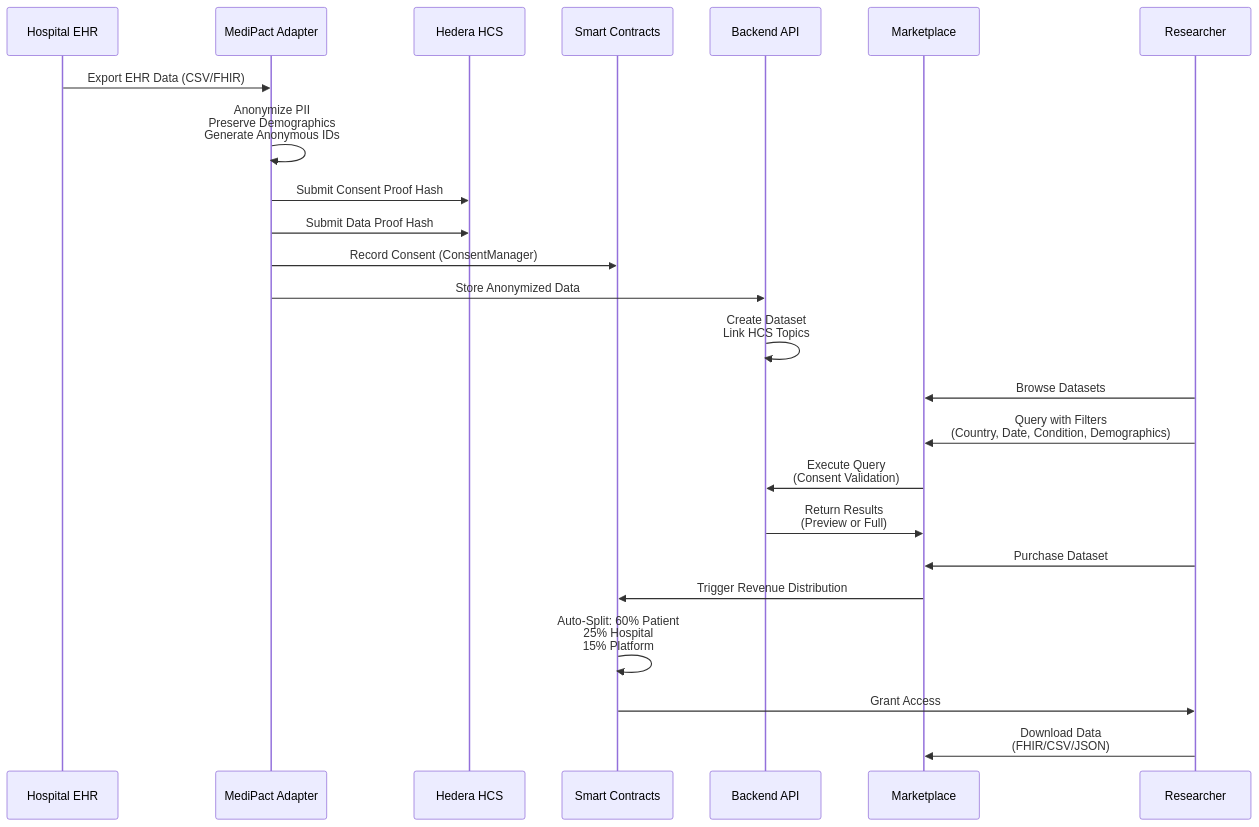
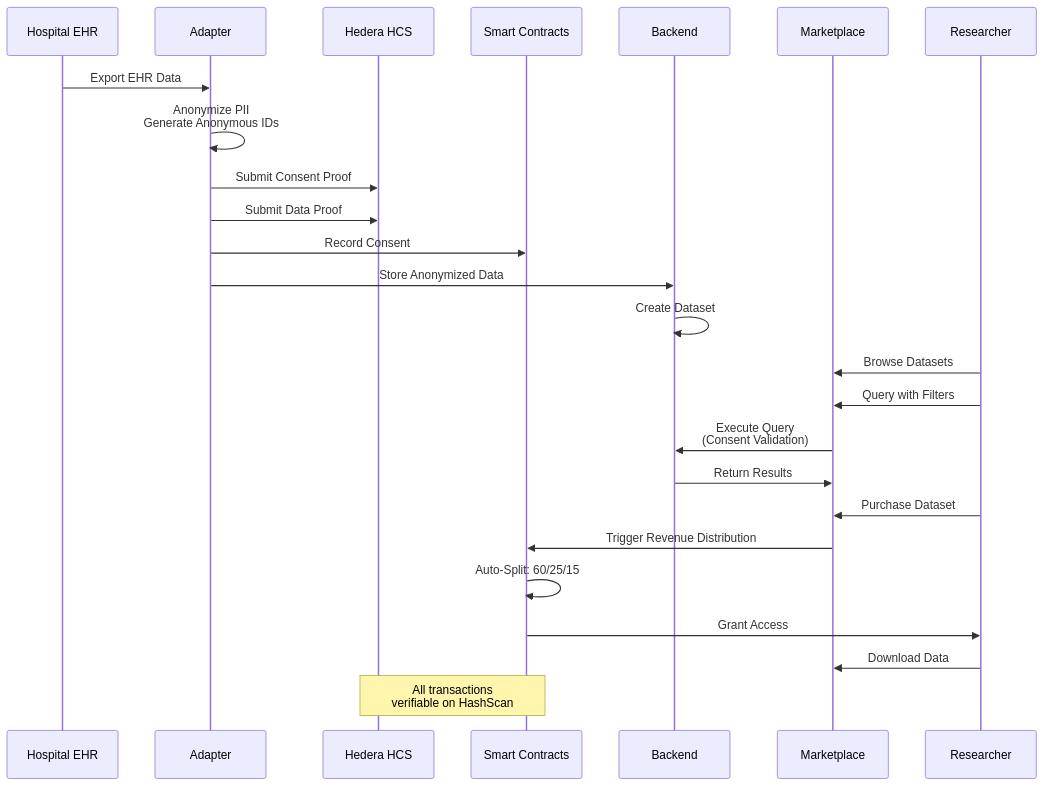
One commit to najuna-brian/medipact changed the third of 9 diagrams in README.md. Above: the diagram before and after it, drawn with Mermaid. The commit also changed other lines of this file, not shown here.

````diff
--- a/README.md
+++ b/README.md
@@ -97,28 +163,30 @@
 ```mermaid
 sequenceDiagram
-    participant Hospital as Hospital EHR
-    participant Adapter as MediPact Adapter
+    participant H as Hospital EHR
+    participant A as Adapter
     participant HCS as Hedera HCS
-    participant Contract as Smart Contracts
-    participant Backend as Backend API
-    participant Marketplace as Marketplace
-    participant Researcher as Researcher
+    participant SC as Smart Contracts
+    participant B as Backend
+    participant M as Marketplace
+    participant R as Researcher
     
-    Hospital->>Adapter: Export EHR Data (CSV/FHIR)
-    Adapter->>Adapter: Anonymize PII<br/>Preserve Demographics<br/>Generate Anonymous IDs
-    Adapter->>HCS: Submit Consent Proof Hash
-    Adapter->>HCS: Submit Data Proof Hash
-    Adapter->>Contract: Record Consent (ConsentManager)
-    Adapter->>Backend: Store Anonymized Data
-    Backend->>Backend: Create Dataset<br/>Link HCS Topics
+    H->>A: Export EHR Data
+    A->>A: Anonymize PII<br/>Generate Anonymous IDs
+    A->>HCS: Submit Consent Proof
+    A->>HCS: Submit Data Proof
+    A->>SC: Record Consent
+    A->>B: Store Anonymized Data
+    B->>B: Create Dataset
     
-    Researcher->>Marketplace: Browse Datasets
-    Researcher->>Marketplace: Query with Filters<br/>(Country, Date, Condition, Demographics)
-    Marketplace->>Backend: Execute Query<br/>(Consent Validation)
-    Backend->>Marketplace: Return Results<br/>(Preview or Full)
-    Researcher->>Marketplace: Purchase Dataset
-    Marketplace->>Contract: Trigger Revenue Distribution
-    Contract->>Contract: Auto-Split: 60% Patient<br/>25% Hospital<br/>15% Platform
-    Contract->>Researcher: Grant Access
-    Researcher->>Marketplace: Download Data<br/>(FHIR/CSV/JSON)
+    R->>M: Browse Datasets
+    R->>M: Query with Filters
+    M->>B: Execute Query<br/>(Consent Validation)
+    B->>M: Return Results
+    R->>M: Purchase Dataset
+    M->>SC: Trigger Revenue Distribution
+    SC->>SC: Auto-Split: 60/25/15
+    SC->>R: Grant Access
+    R->>M: Download Data
+    
+    Note over HCS,SC: All transactions<br/>verifiable on HashScan
 ```
````
